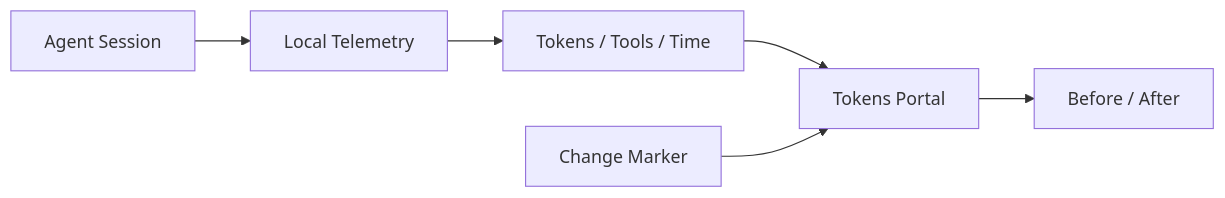
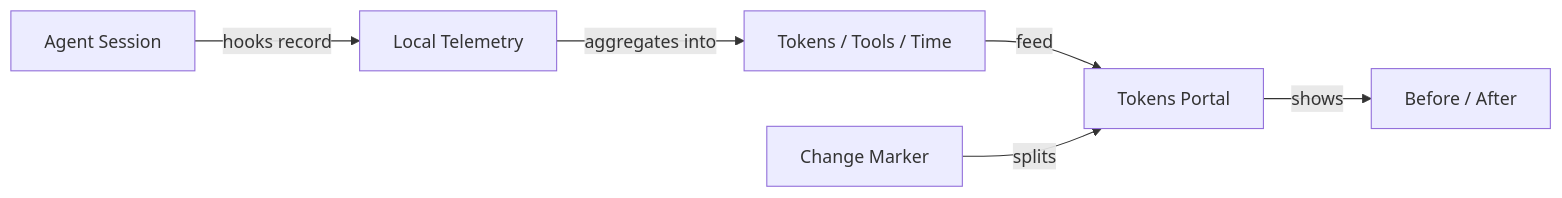
Before and after one commit to kirinmurphy/roborepo: the fifth of 6 diagrams in README.md, drawn with Mermaid. The commit also changed other lines of this file and 35 other files, not shown here.

````diff
--- a/README.md
+++ b/README.md
@@ -263,9 +232,9 @@
 ```mermaid
 flowchart LR
-  Session["Agent Session"] --> Capture["Local Telemetry"]
-  Capture --> Metrics["Tokens / Tools / Time"]
-  Metrics --> Portal["Tokens Portal"]
+  Session["Agent Session"] -->|hooks record| Capture["Local Telemetry"]
+  Capture -->|aggregates into| Metrics["Tokens / Tools / Time"]
+  Metrics -->|feed| Portal["Tokens Portal"]
 
-  Marker["Change Marker"] --> Portal
-  Portal --> Compare["Before / After"]
+  Marker["Change Marker"] -->|splits| Portal
+  Portal -->|shows| Compare["Before / After"]
 ```
````
